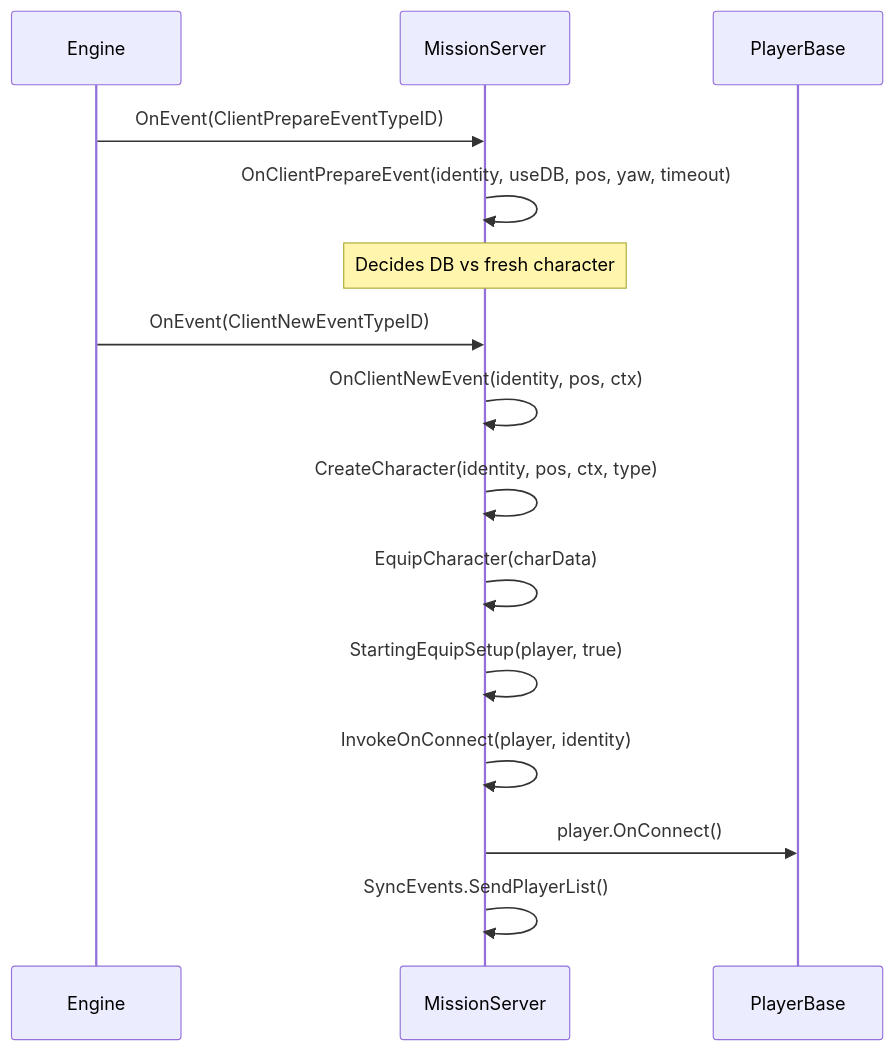
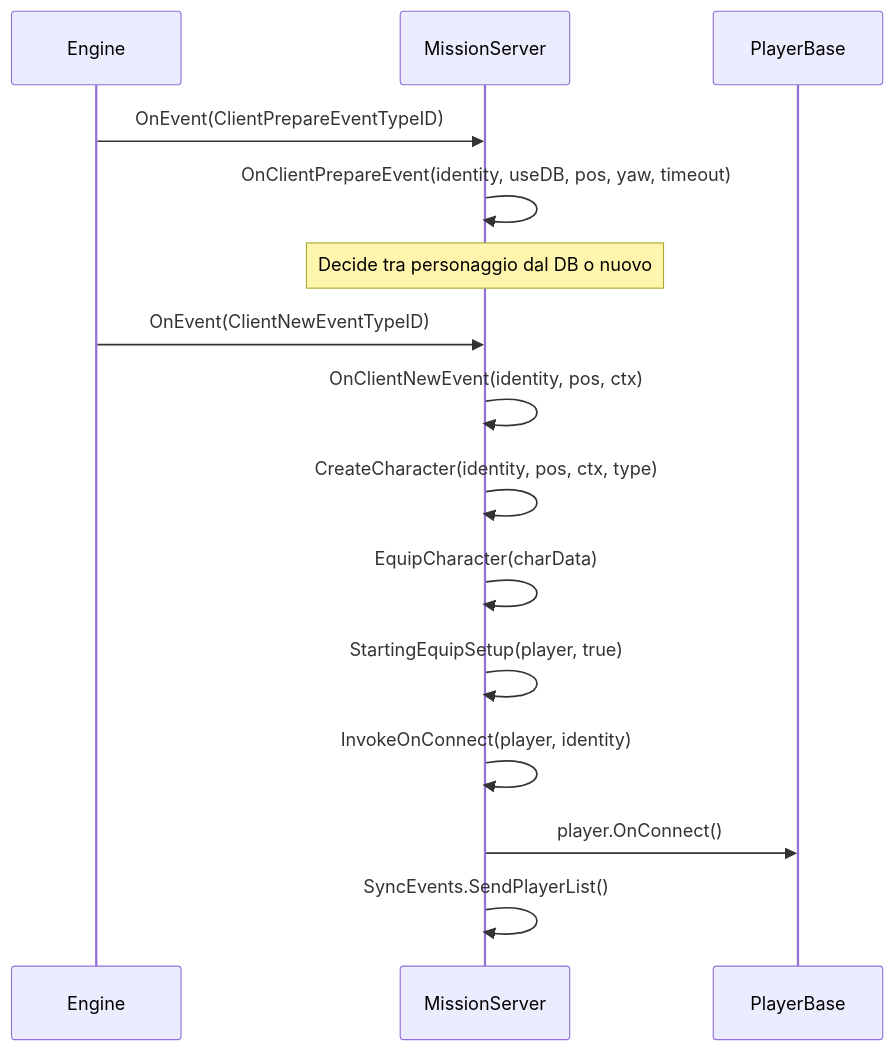
The third of 5 diagrams in it/06-engine-api/11-mission-hooks.md (StarDZ-Team/DayZ-Modding-Wiki), drawn with Mermaid before and after one commit. The commit also changed other lines of this file and 7 other files, not shown here.

````diff
--- a/it/06-engine-api/11-mission-hooks.md
+++ b/it/06-engine-api/11-mission-hooks.md
@@ -218,20 +218,20 @@
 ```mermaid
 sequenceDiagram
     participant Engine
     participant MS as MissionServer
     participant Player as PlayerBase
 
     Engine->>MS: OnEvent(ClientPrepareEventTypeID)
     MS->>MS: OnClientPrepareEvent(identity, useDB, pos, yaw, timeout)
-    Note over MS: Decides DB vs fresh character
+    Note over MS: Decide tra personaggio dal DB o nuovo
 
     Engine->>MS: OnEvent(ClientNewEventTypeID)
     MS->>MS: OnClientNewEvent(identity, pos, ctx)
     MS->>MS: CreateCharacter(identity, pos, ctx, type)
     MS->>MS: EquipCharacter(charData)
     MS->>MS: StartingEquipSetup(player, true)
 
     MS->>MS: InvokeOnConnect(player, identity)
     MS->>Player: player.OnConnect()
     MS->>MS: SyncEvents.SendPlayerList()
 ```
````
